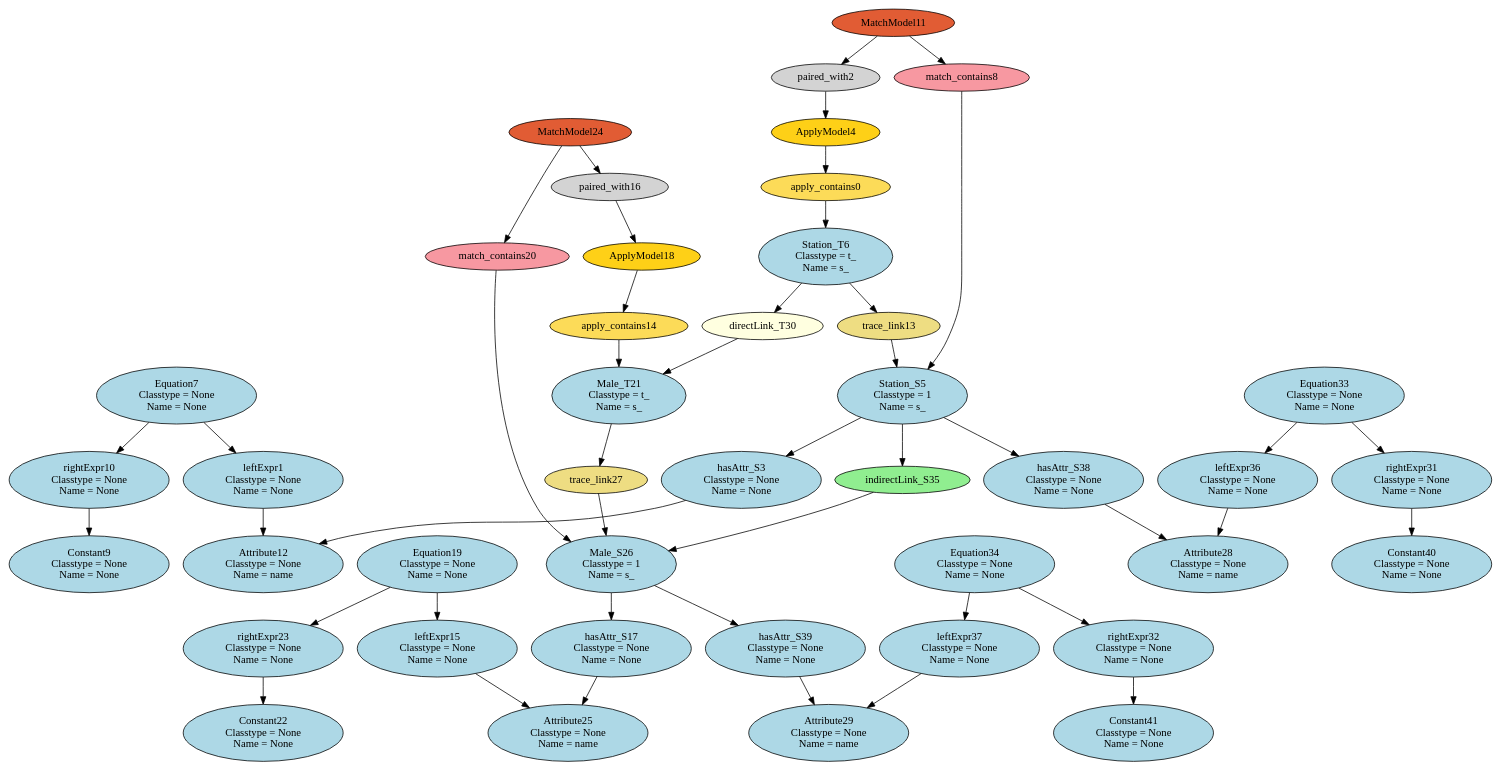
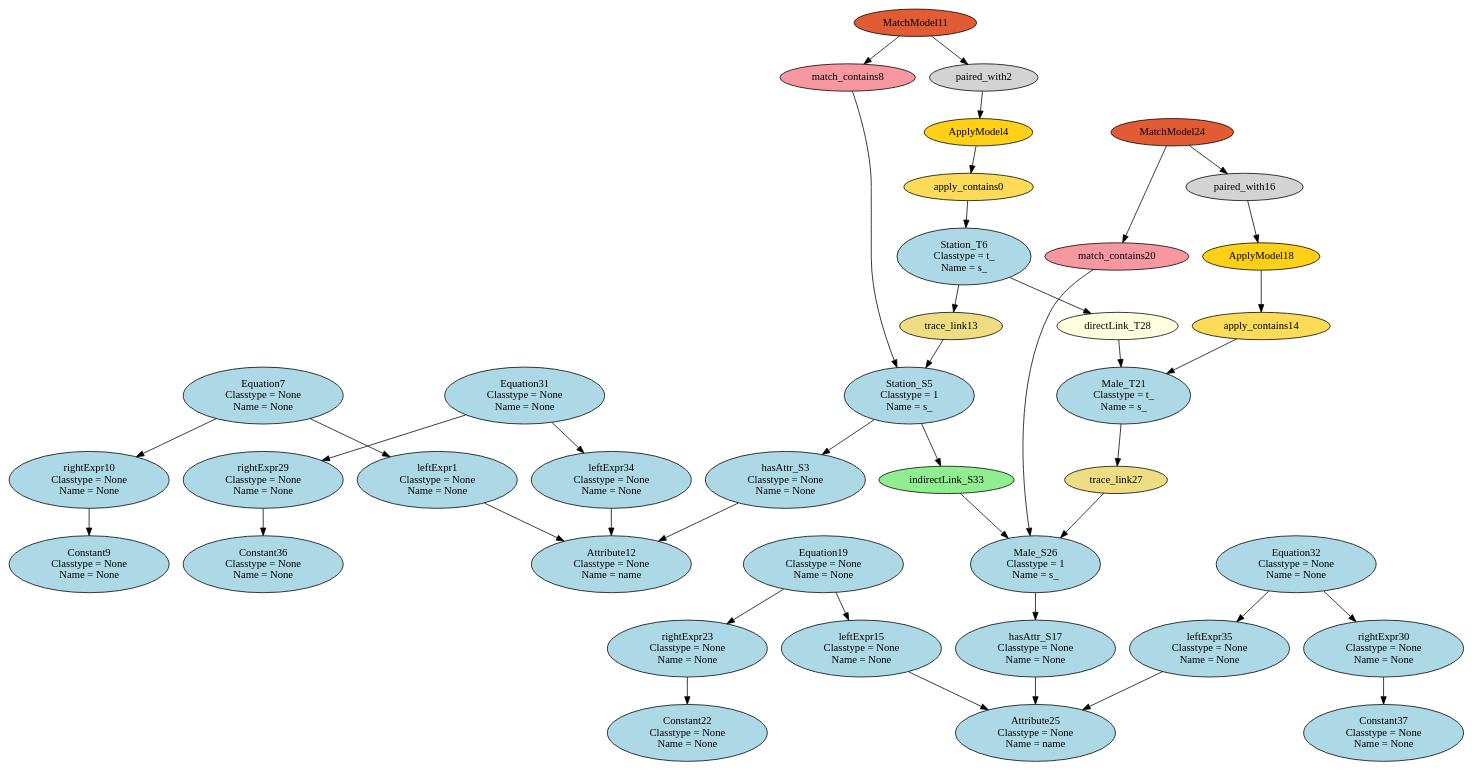
Before and after one commit to levilucio/SyVOLT: the diagram in dot/HEmptyPathCondition_HS2S_HM2M_HSM2SM.dot, drawn with Graphviz. The commit also changed 141 other files, not shown here.

```diff
--- a/dot/HEmptyPathCondition_HS2S_HM2M_HSM2SM.dot
+++ b/dot/HEmptyPathCondition_HS2S_HM2M_HSM2SM.dot
@@ -1,88 +1,80 @@
 digraph HEmptyPathCondition_HS2S_HM2M_HSM2SM {
 apply_contains0 [style=filled, fillcolor="#FCDB58"];
 "leftExpr1\n Classtype = None\n Name = None" [style=filled, fillcolor=lightblue];
 paired_with2 [style=filled, fillcolor=lightgray];
 "hasAttr_S3\n Classtype = None\n Name = None" [style=filled, fillcolor=lightblue];
 ApplyModel4 [style=filled, fillcolor="#FED017"];
 "Station_S5\n Classtype = 1\n Name = s_" [style=filled, fillcolor=lightblue];
 "Station_T6\n Classtype = t_\n Name = s_" [style=filled, fillcolor=lightblue];
 "Equation7\n Classtype = None\n Name = None" [style=filled, fillcolor=lightblue];
 match_contains8 [style=filled, fillcolor="#F798A1"];
 "Constant9\n Classtype = None\n Name = None" [style=filled, fillcolor=lightblue];
 "rightExpr10\n Classtype = None\n Name = None" [style=filled, fillcolor=lightblue];
 MatchModel11 [style=filled, fillcolor="#E15C34"];
 "Attribute12\n Classtype = None\n Name = name" [style=filled, fillcolor=lightblue];
 trace_link13 [style=filled, fillcolor=lightgoldenrod];
 apply_contains14 [style=filled, fillcolor="#FCDB58"];
 "leftExpr15\n Classtype = None\n Name = None" [style=filled, fillcolor=lightblue];
 paired_with16 [style=filled, fillcolor=lightgray];
 "hasAttr_S17\n Classtype = None\n Name = None" [style=filled, fillcolor=lightblue];
 ApplyModel18 [style=filled, fillcolor="#FED017"];
 "Equation19\n Classtype = None\n Name = None" [style=filled, fillcolor=lightblue];
 match_contains20 [style=filled, fillcolor="#F798A1"];
 "Male_T21\n Classtype = t_\n Name = s_" [style=filled, fillcolor=lightblue];
 "Constant22\n Classtype = None\n Name = None" [style=filled, fillcolor=lightblue];
 "rightExpr23\n Classtype = None\n Name = None" [style=filled, fillcolor=lightblue];
 MatchModel24 [style=filled, fillcolor="#E15C34"];
 "Attribute25\n Classtype = None\n Name = name" [style=filled, fillcolor=lightblue];
 "Male_S26\n Classtype = 1\n Name = s_" [style=filled, fillcolor=lightblue];
 trace_link27 [style=filled, fillcolor=lightgoldenrod];
-"Attribute28\n Classtype = None\n Name = name" [style=filled, fillcolor=lightblue];
-"Attribute29\n Classtype = None\n Name = name" [style=filled, fillcolor=lightblue];
-"directLink_T30\n" [style=filled, fillcolor=lightyellow];
-"rightExpr31\n Classtype = None\n Name = None" [style=filled, fillcolor=lightblue];
-"rightExpr32\n Classtype = None\n Name = None" [style=filled, fillcolor=lightblue];
-"Equation33\n Classtype = None\n Name = None" [style=filled, fillcolor=lightblue];
-"Equation34\n Classtype = None\n Name = None" [style=filled, fillcolor=lightblue];
-indirectLink_S35 [style=filled, fillcolor=lightgreen];
-"leftExpr36\n Classtype = None\n Name = None" [style=filled, fillcolor=lightblue];
-"leftExpr37\n Classtype = None\n Name = None" [style=filled, fillcolor=lightblue];
-"hasAttr_S38\n Classtype = None\n Name = None" [style=filled, fillcolor=lightblue];
-"hasAttr_S39\n Classtype = None\n Name = None" [style=filled, fillcolor=lightblue];
-"Constant40\n Classtype = None\n Name = None" [style=filled, fillcolor=lightblue];
-"Constant41\n Classtype = None\n Name = None" [style=filled, fillcolor=lightblue];
+"directLink_T28\n" [style=filled, fillcolor=lightyellow];
+"rightExpr29\n Classtype = None\n Name = None" [style=filled, fillcolor=lightblue];
+"rightExpr30\n Classtype = None\n Name = None" [style=filled, fillcolor=lightblue];
+"Equation31\n Classtype = None\n Name = None" [style=filled, fillcolor=lightblue];
+"Equation32\n Classtype = None\n Name = None" [style=filled, fillcolor=lightblue];
+indirectLink_S33 [style=filled, fillcolor=lightgreen];
+"leftExpr34\n Classtype = None\n Name = None" [style=filled, fillcolor=lightblue];
+"leftExpr35\n Classtype = None\n Name = None" [style=filled, fillcolor=lightblue];
+"Constant36\n Classtype = None\n Name = None" [style=filled, fillcolor=lightblue];
+"Constant37\n Classtype = None\n Name = None" [style=filled, fillcolor=lightblue];
 ApplyModel4 -> apply_contains0;
 apply_contains0 -> "Station_T6\n Classtype = t_\n Name = s_";
 "Equation7\n Classtype = None\n Name = None" -> "leftExpr1\n Classtype = None\n Name = None";
 "leftExpr1\n Classtype = None\n Name = None" -> "Attribute12\n Classtype = None\n Name = name";
 MatchModel11 -> paired_with2;
 paired_with2 -> ApplyModel4;
 "Station_S5\n Classtype = 1\n Name = s_" -> "hasAttr_S3\n Classtype = None\n Name = None";
 "hasAttr_S3\n Classtype = None\n Name = None" -> "Attribute12\n Classtype = None\n Name = name";
 match_contains8 -> "Station_S5\n Classtype = 1\n Name = s_";
 "Equation7\n Classtype = None\n Name = None" -> "rightExpr10\n Classtype = None\n Name = None";
 MatchModel11 -> match_contains8;
 "rightExpr10\n Classtype = None\n Name = None" -> "Constant9\n Classtype = None\n Name = None";
 trace_link13 -> "Station_S5\n Classtype = 1\n Name = s_";
 "Station_T6\n Classtype = t_\n Name = s_" -> trace_link13;
 ApplyModel18 -> apply_contains14;
 apply_contains14 -> "Male_T21\n Classtype = t_\n Name = s_";
 "Equation19\n Classtype = None\n Name = None" -> "leftExpr15\n Classtype = None\n Name = None";
 "leftExpr15\n Classtype = None\n Name = None" -> "Attribute25\n Classtype = None\n Name = name";
 MatchModel24 -> paired_with16;
 paired_with16 -> ApplyModel18;
 "Male_S26\n Classtype = 1\n Name = s_" -> "hasAttr_S17\n Classtype = None\n Name = None";
 "hasAttr_S17\n Classtype = None\n Name = None" -> "Attribute25\n Classtype = None\n Name = name";
 "Equation19\n Classtype = None\n Name = None" -> "rightExpr23\n Classtype = None\n Name = None";
 MatchModel24 -> match_contains20;
 match_contains20 -> "Male_S26\n Classtype = 1\n Name = s_";
 "rightExpr23\n Classtype = None\n Name = None" -> "Constant22\n Classtype = None\n Name = None";
 trace_link27 -> "Male_S26\n Classtype = 1\n Name = s_";
 "Male_T21\n Classtype = t_\n Name = s_" -> trace_link27;
-"Station_S5\n Classtype = 1\n Name = s_" -> indirectLink_S35;
-indirectLink_S35 -> "Male_S26\n Classtype = 1\n Name = s_";
-"Station_T6\n Classtype = t_\n Name = s_" -> "directLink_T30\n";
-"directLink_T30\n" -> "Male_T21\n Classtype = t_\n Name = s_";
-"hasAttr_S38\n Classtype = None\n Name = None" -> "Attribute28\n Classtype = None\n Name = name";
-"leftExpr36\n Classtype = None\n Name = None" -> "Attribute28\n Classtype = None\n Name = name";
-"Equation33\n Classtype = None\n Name = None" -> "rightExpr31\n Classtype = None\n Name = None";
-"Equation33\n Classtype = None\n Name = None" -> "leftExpr36\n Classtype = None\n Name = None";
-"rightExpr31\n Classtype = None\n Name = None" -> "Constant40\n Classtype = None\n Name = None";
-"Station_S5\n Classtype = 1\n Name = s_" -> "hasAttr_S38\n Classtype = None\n Name = None";
-"hasAttr_S39\n Classtype = None\n Name = None" -> "Attribute29\n Classtype = None\n Name = name";
-"leftExpr37\n Classtype = None\n Name = None" -> "Attribute29\n Classtype = None\n Name = name";
-"Equation34\n Classtype = None\n Name = None" -> "rightExpr32\n Classtype = None\n Name = None";
-"Equation34\n Classtype = None\n Name = None" -> "leftExpr37\n Classtype = None\n Name = None";
-"rightExpr32\n Classtype = None\n Name = None" -> "Constant41\n Classtype = None\n Name = None";
-"Male_S26\n Classtype = 1\n Name = s_" -> "hasAttr_S39\n Classtype = None\n Name = None";
+"Station_S5\n Classtype = 1\n Name = s_" -> indirectLink_S33;
+indirectLink_S33 -> "Male_S26\n Classtype = 1\n Name = s_";
+"Station_T6\n Classtype = t_\n Name = s_" -> "directLink_T28\n";
+"directLink_T28\n" -> "Male_T21\n Classtype = t_\n Name = s_";
+"Equation31\n Classtype = None\n Name = None" -> "rightExpr29\n Classtype = None\n Name = None";
+"Equation31\n Classtype = None\n Name = None" -> "leftExpr34\n Classtype = None\n Name = None";
+"rightExpr29\n Classtype = None\n Name = None" -> "Constant36\n Classtype = None\n Name = None";
+"Equation32\n Classtype = None\n Name = None" -> "rightExpr30\n Classtype = None\n Name = None";
+"Equation32\n Classtype = None\n Name = None" -> "leftExpr35\n Classtype = None\n Name = None";
+"rightExpr30\n Classtype = None\n Name = None" -> "Constant37\n Classtype = None\n Name = None";
+"leftExpr34\n Classtype = None\n Name = None" -> "Attribute12\n Classtype = None\n Name = name";
+"leftExpr35\n Classtype = None\n Name = None" -> "Attribute25\n Classtype = None\n Name = name";
 }
```
